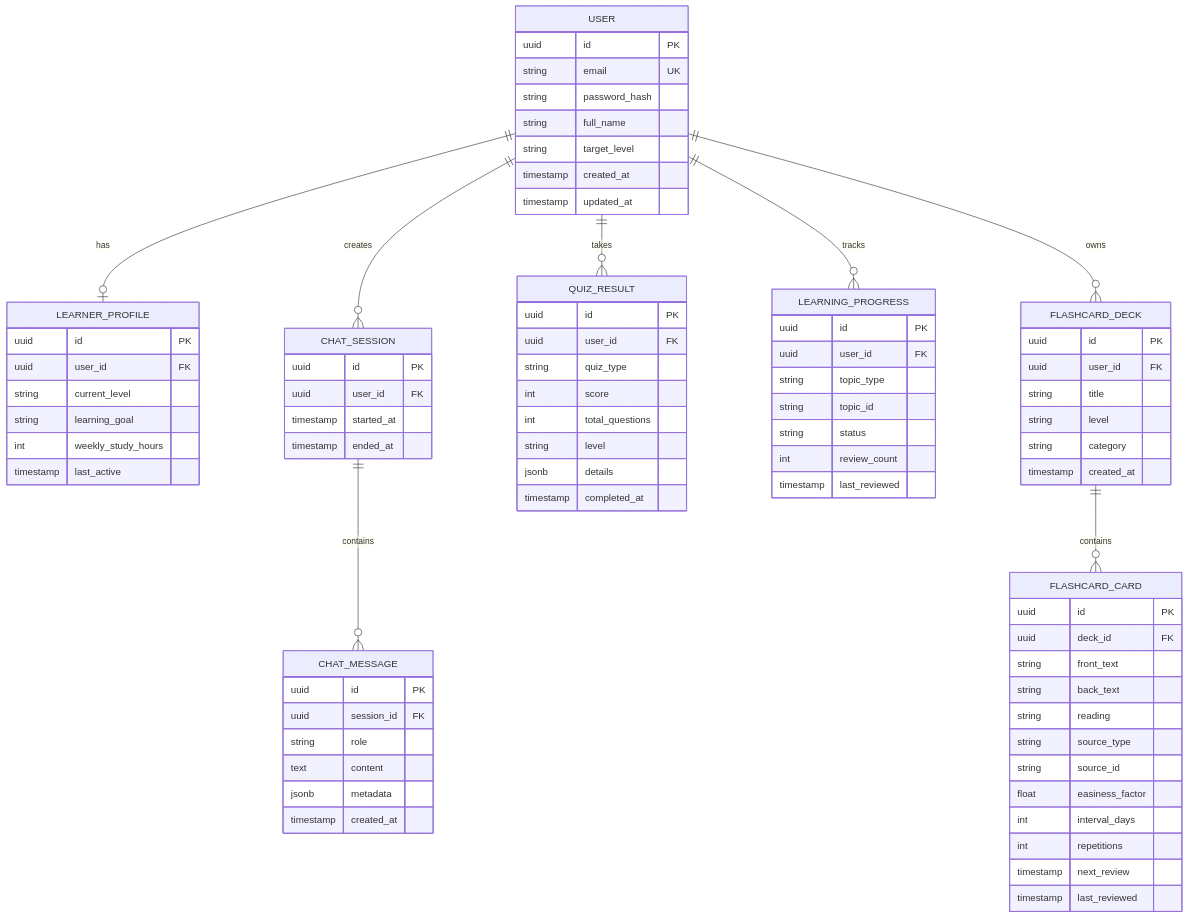
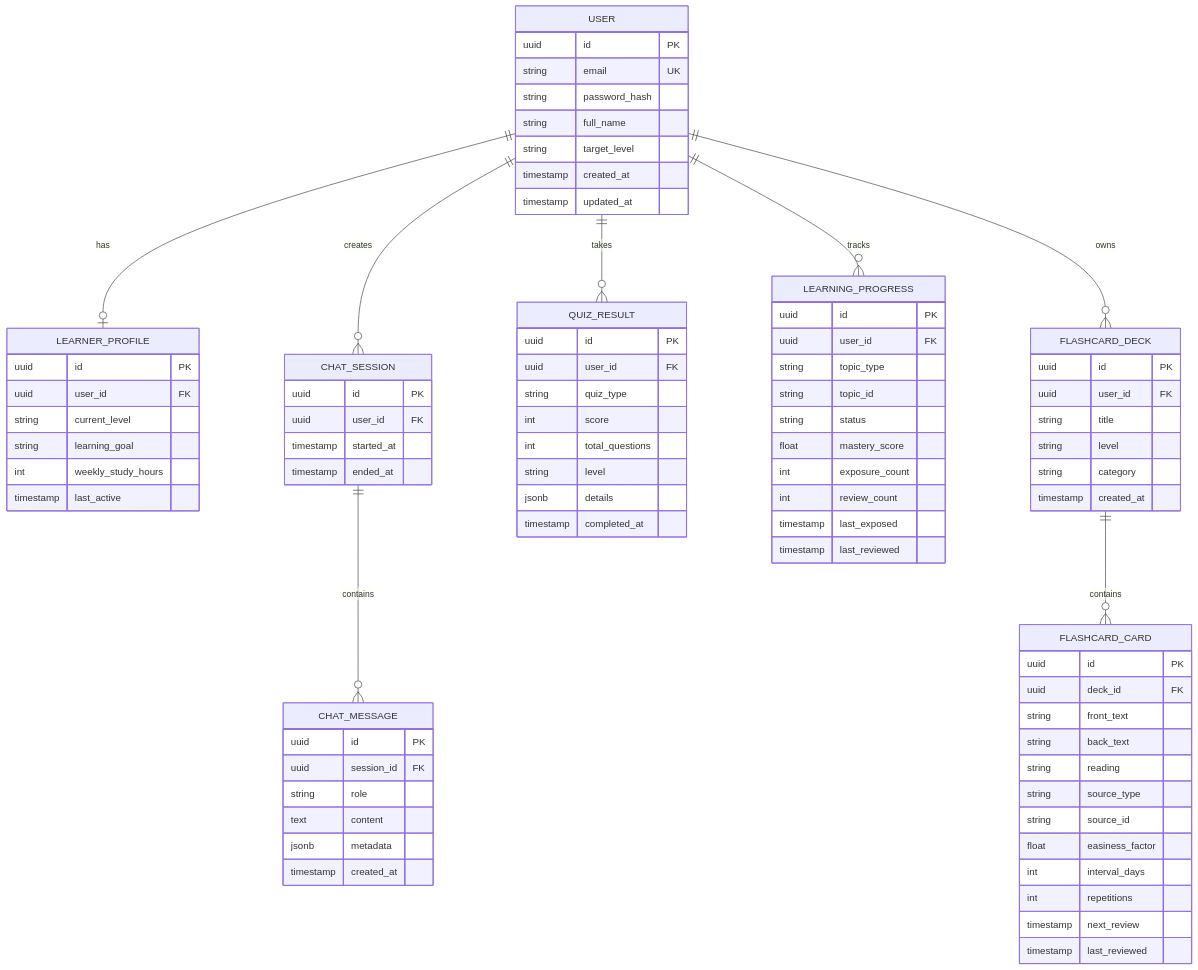
Before and after one commit to dyhieu-2509/JPLearning-Assistant: the fifth of 7 diagrams in docs/SRS.md, drawn with Mermaid. The commit also changed other lines of this file, not shown here.

```diff
--- a/docs/SRS.md
+++ b/docs/SRS.md
@@ -375,7 +374,10 @@
         string topic_type
         string topic_id
         string status
+        float mastery_score
+        int exposure_count
         int review_count
+        timestamp last_exposed
         timestamp last_reviewed
     }
 
```
